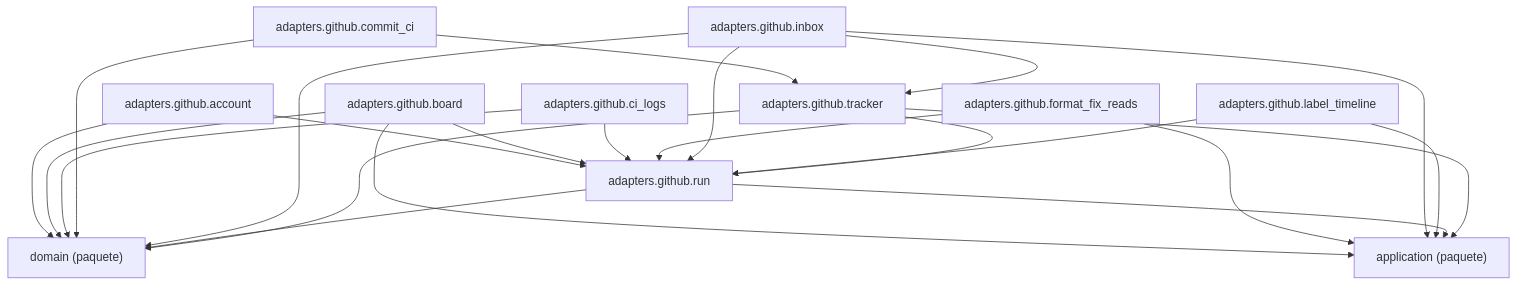
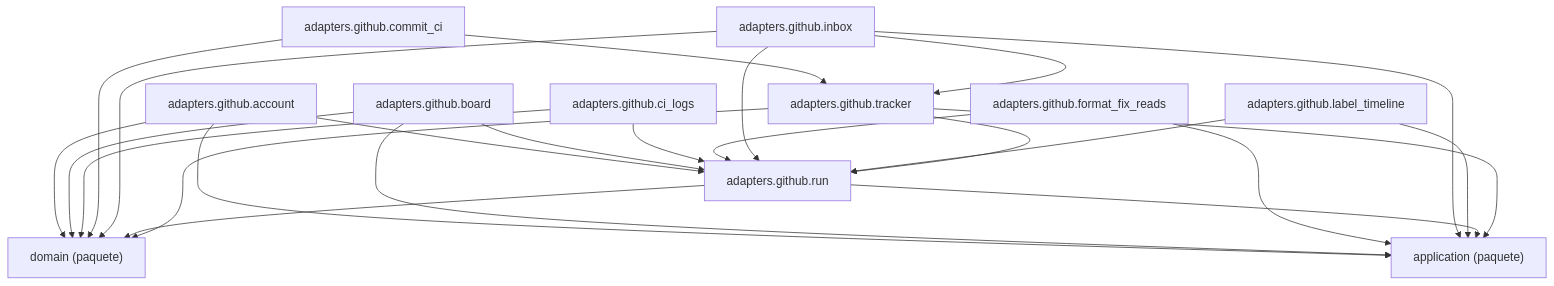
The diagram in docs/architecture/generated/packages-process-adapters-github.md (GonzaloZevallos/agentic-system), drawn with Mermaid before and after one commit. The commit also changed 8 other files, not shown here.

````diff
--- a/docs/architecture/generated/packages-process-adapters-github.md
+++ b/docs/architecture/generated/packages-process-adapters-github.md
@@ -15,36 +15,37 @@
 ```mermaid
 graph TD
     g_pkg__application["application (paquete)"]
     g_pkg__domain["domain (paquete)"]
     m_adapters__github__account["adapters.github.account"]
     m_adapters__github__board["adapters.github.board"]
     m_adapters__github__ci_logs["adapters.github.ci_logs"]
     m_adapters__github__commit_ci["adapters.github.commit_ci"]
     m_adapters__github__format_fix_reads["adapters.github.format_fix_reads"]
     m_adapters__github__inbox["adapters.github.inbox"]
     m_adapters__github__label_timeline["adapters.github.label_timeline"]
     m_adapters__github__run["adapters.github.run"]
     m_adapters__github__tracker["adapters.github.tracker"]
+    m_adapters__github__account --> g_pkg__application
     m_adapters__github__account --> g_pkg__domain
     m_adapters__github__account --> m_adapters__github__run
     m_adapters__github__board --> g_pkg__application
     m_adapters__github__board --> g_pkg__domain
     m_adapters__github__board --> m_adapters__github__run
     m_adapters__github__ci_logs --> g_pkg__domain
     m_adapters__github__ci_logs --> m_adapters__github__run
     m_adapters__github__commit_ci --> g_pkg__domain
     m_adapters__github__commit_ci --> m_adapters__github__tracker
     m_adapters__github__format_fix_reads --> g_pkg__application
     m_adapters__github__format_fix_reads --> m_adapters__github__run
     m_adapters__github__inbox --> g_pkg__application
     m_adapters__github__inbox --> g_pkg__domain
     m_adapters__github__inbox --> m_adapters__github__run
     m_adapters__github__inbox --> m_adapters__github__tracker
     m_adapters__github__label_timeline --> g_pkg__application
     m_adapters__github__label_timeline --> m_adapters__github__run
     m_adapters__github__run --> g_pkg__application
     m_adapters__github__run --> g_pkg__domain
     m_adapters__github__tracker --> g_pkg__application
     m_adapters__github__tracker --> g_pkg__domain
     m_adapters__github__tracker --> m_adapters__github__run
 ```
````
